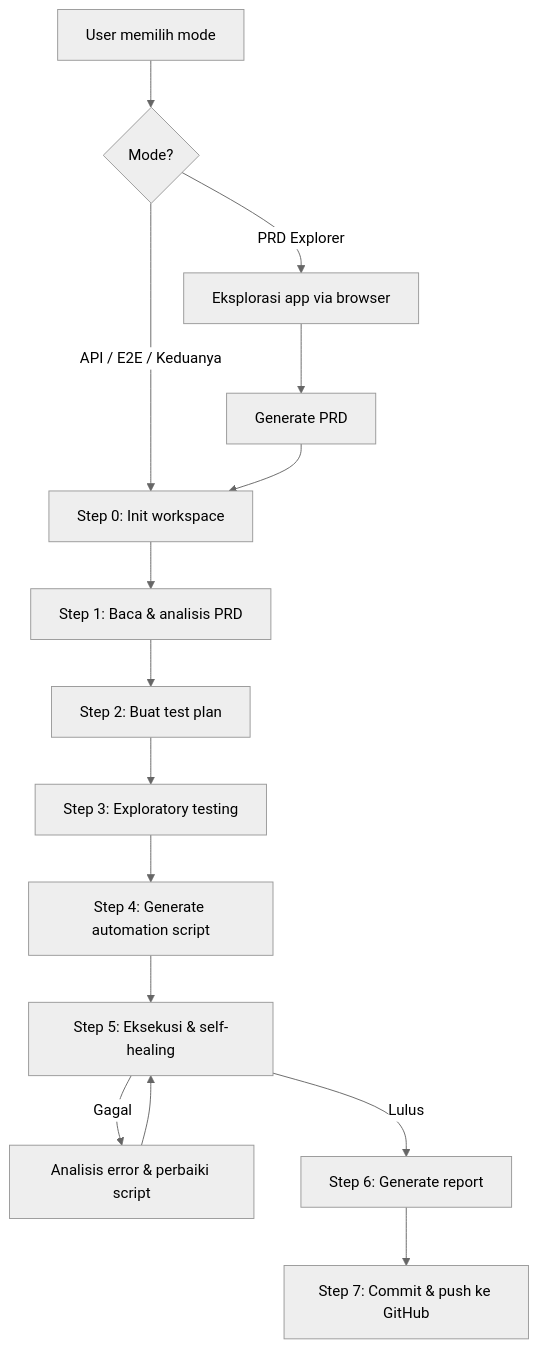
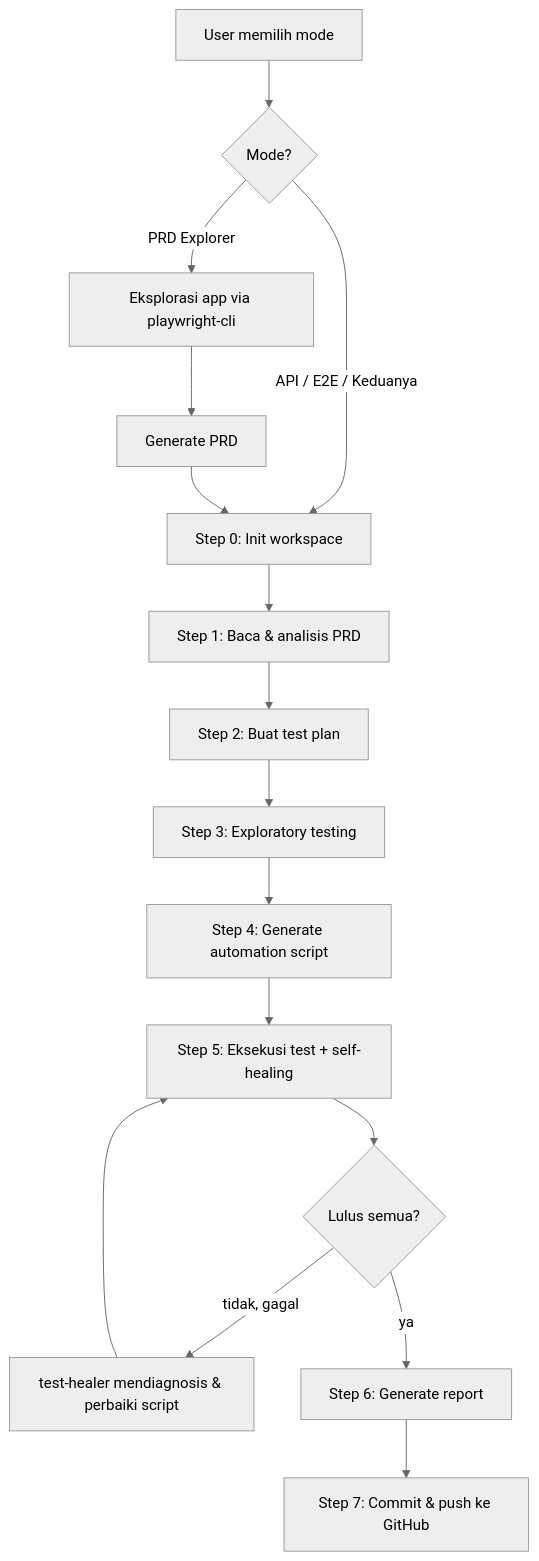
The diagram in README.md (Adfrach/Automation-Testing-With-Playwright), drawn with Mermaid (neutral theme) before and after one commit. The commit also changed other lines of this file, not shown here.

Commit message:
docs(core): tambah agent skill & tools di README
- Add Cline, playwright-cli, test-planner, test-healer, GitHub MCP

- Rapikan diagram workflow self-healing loop

````diff
--- a/README.md
+++ b/README.md
@@ -40,17 +45,18 @@
 ```mermaid
 flowchart TD
     A[User memilih mode] --> B{Mode?}
-    B -->|PRD Explorer| C[Eksplorasi app via browser]
+    B -->|PRD Explorer| C[Eksplorasi app via playwright-cli]
     C --> D[Generate PRD]
     B -->|API / E2E / Keduanya| E[Step 0: Init workspace]
     D --> E
     E --> F[Step 1: Baca & analisis PRD]
     F --> G[Step 2: Buat test plan]
     G --> H[Step 3: Exploratory testing]
     H --> I[Step 4: Generate automation script]
-    I --> J[Step 5: Eksekusi & self-healing]
-    J -->|Gagal| K[Analisis error & perbaiki script]
+    I --> J[Step 5: Eksekusi test + self-healing]
+    J --> L2{Lulus semua?}
+    L2 -->|tidak, gagal| K[test-healer mendiagnosis & perbaiki script]
     K --> J
-    J -->|Lulus| L[Step 6: Generate report]
+    L2 -->|ya| L[Step 6: Generate report]
     L --> M[Step 7: Commit & push ke GitHub]
 ```
````
